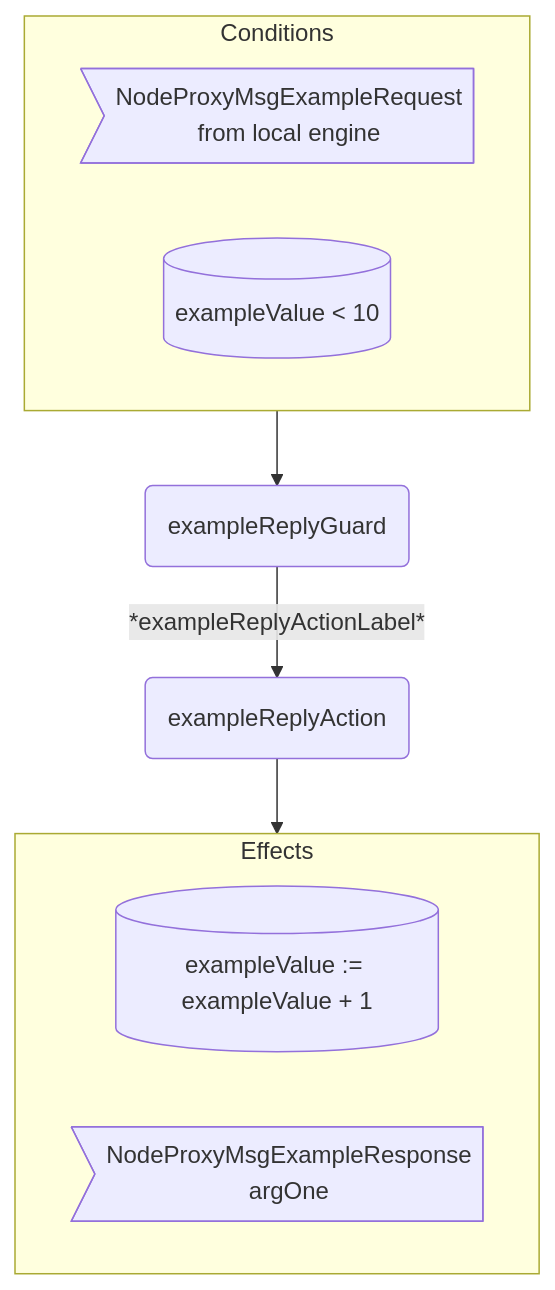
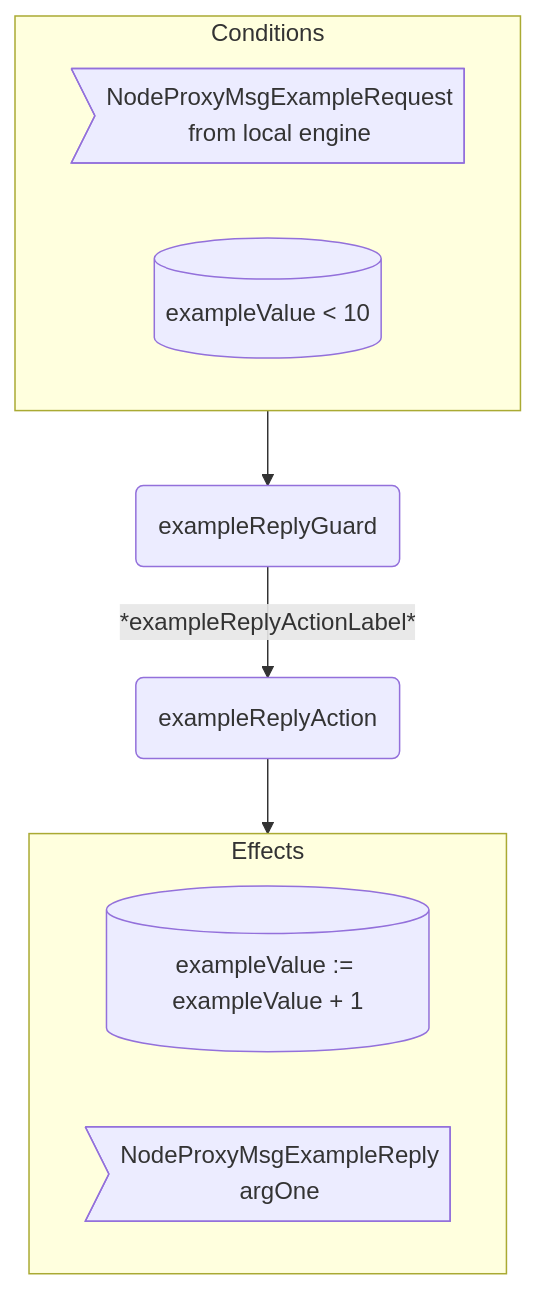
One commit to anoma/nspec changed the diagram in docs/arch/node/net/node_proxy_behaviour.juvix.md. Above: the diagram before and after it, drawn with Mermaid. The commit also changed other lines of this file and 37 other files, not shown here.

Commit message:
Renamed all instances of "Response" to "Reply" in message interfaces for consistency across commitment, decryption, identity management, and other engines.

````diff
--- a/docs/arch/node/net/node_proxy_behaviour.juvix.md
+++ b/docs/arch/node/net/node_proxy_behaviour.juvix.md
@@ -310,17 +310,17 @@
 ```mermaid
 flowchart TD
   subgraph C[Conditions]
     CMsg>NodeProxyMsgExampleRequest<br/>from local engine]
     CEnv[(exampleValue < 10)]
   end
 
   G(exampleReplyGuard)
   A(exampleReplyAction)
 
   C --> G -- *exampleReplyActionLabel* --> A --> E
 
   subgraph E[Effects]
     EEnv[(exampleValue := exampleValue + 1)]
-    EMsg>NodeProxyMsgExampleResponse<br/>argOne]
+    EMsg>NodeProxyMsgExampleReply<br/>argOne]
   end
 ```
````
